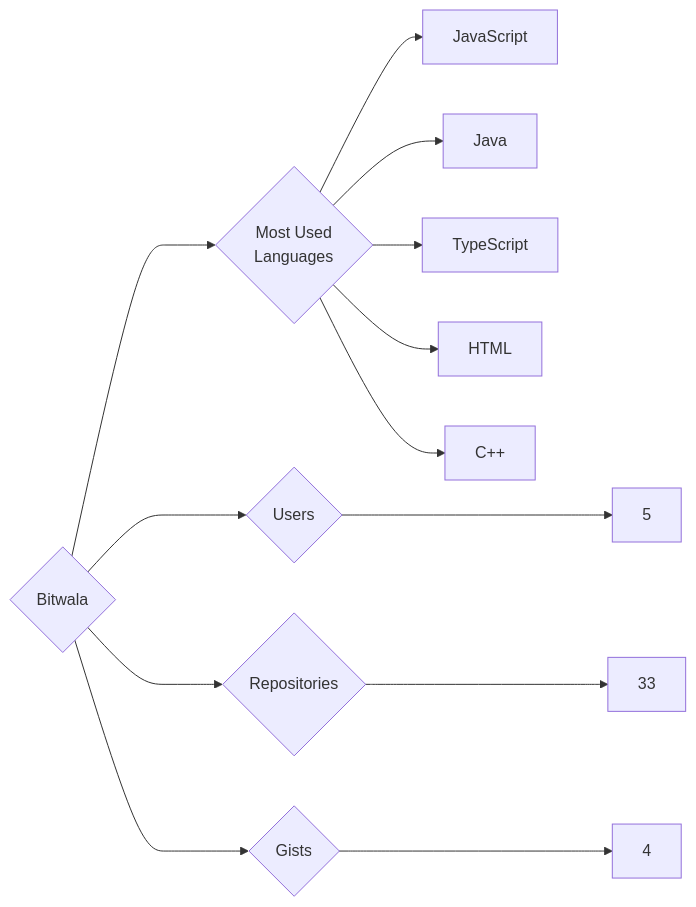
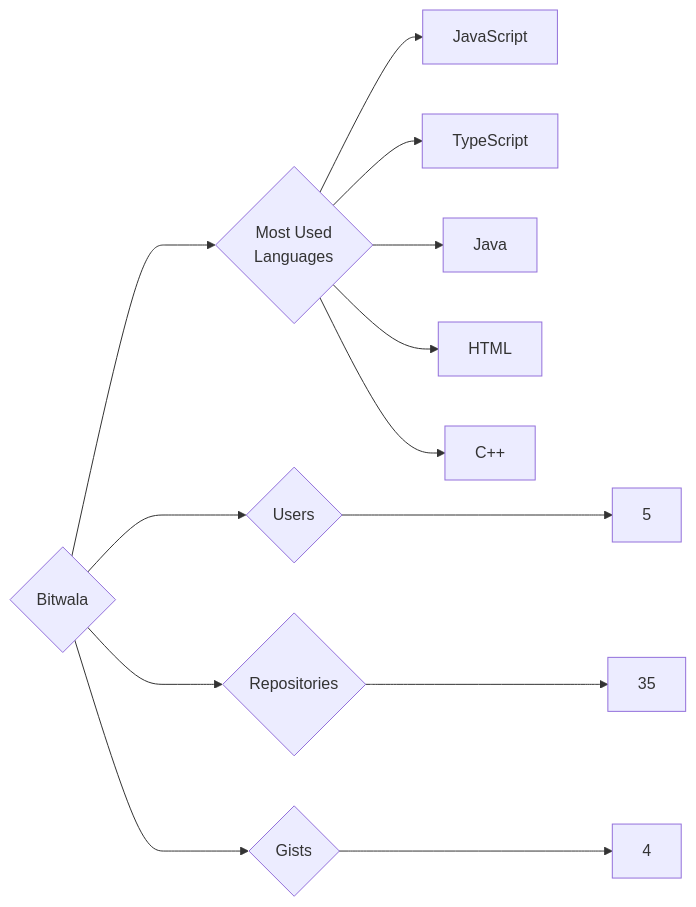
The diagram in targets/Bitwala/README.md (trickest/insiders), drawn with Mermaid before and after one commit. The commit also changed 985 other files, not shown here.

````diff
--- a/targets/Bitwala/README.md
+++ b/targets/Bitwala/README.md
@@ -3,13 +3,13 @@
 ```mermaid
 graph LR
 COMPANY_NAME{Bitwala}
 COMPANY_NAME ---> U{Users} ---> UN[5]
-COMPANY_NAME ---> R{Repositories} ---> RN[33]
+COMPANY_NAME ---> R{Repositories} ---> RN[35]
 COMPANY_NAME ---> G{Gists} ---> GN[4]
 COMPANY_NAME ---> ML{Most Used<br>Languages}
 ML --> JavaScript[JavaScript]
+ML --> TypeScript[TypeScript]
 ML --> Java[Java]
-ML --> TypeScript[TypeScript]
 ML --> HTML[HTML]
 ML --> C++[C++]
 ```
````
